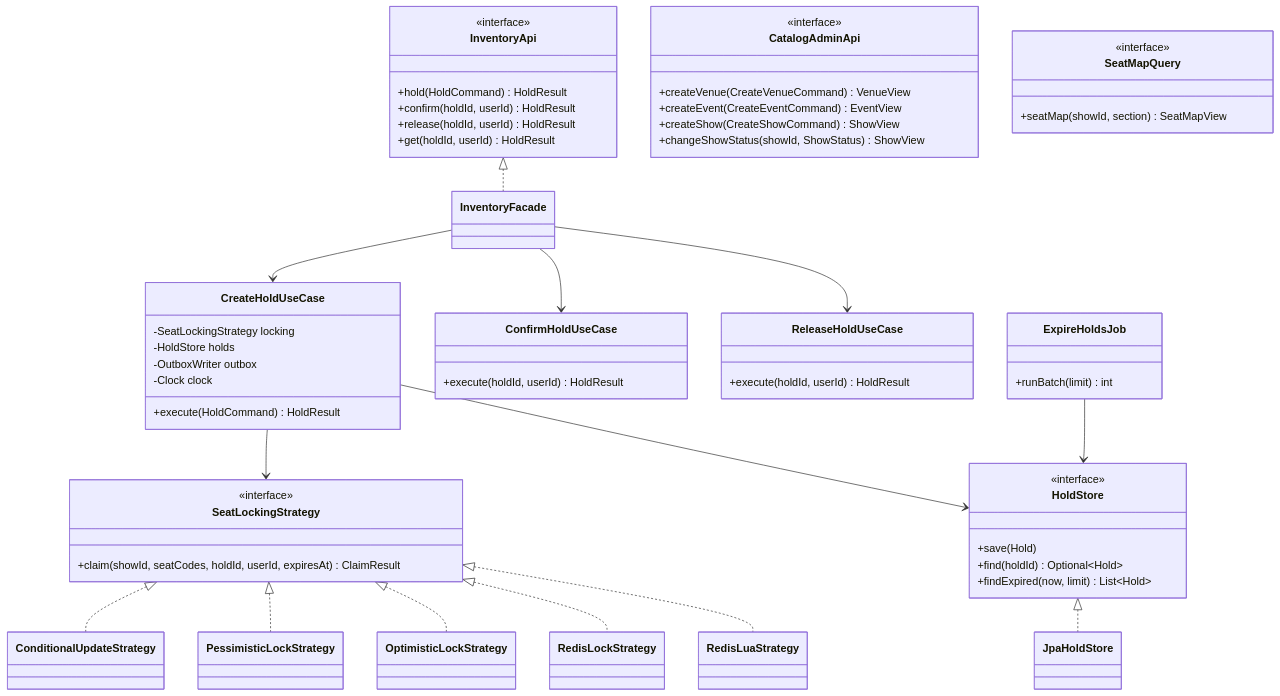
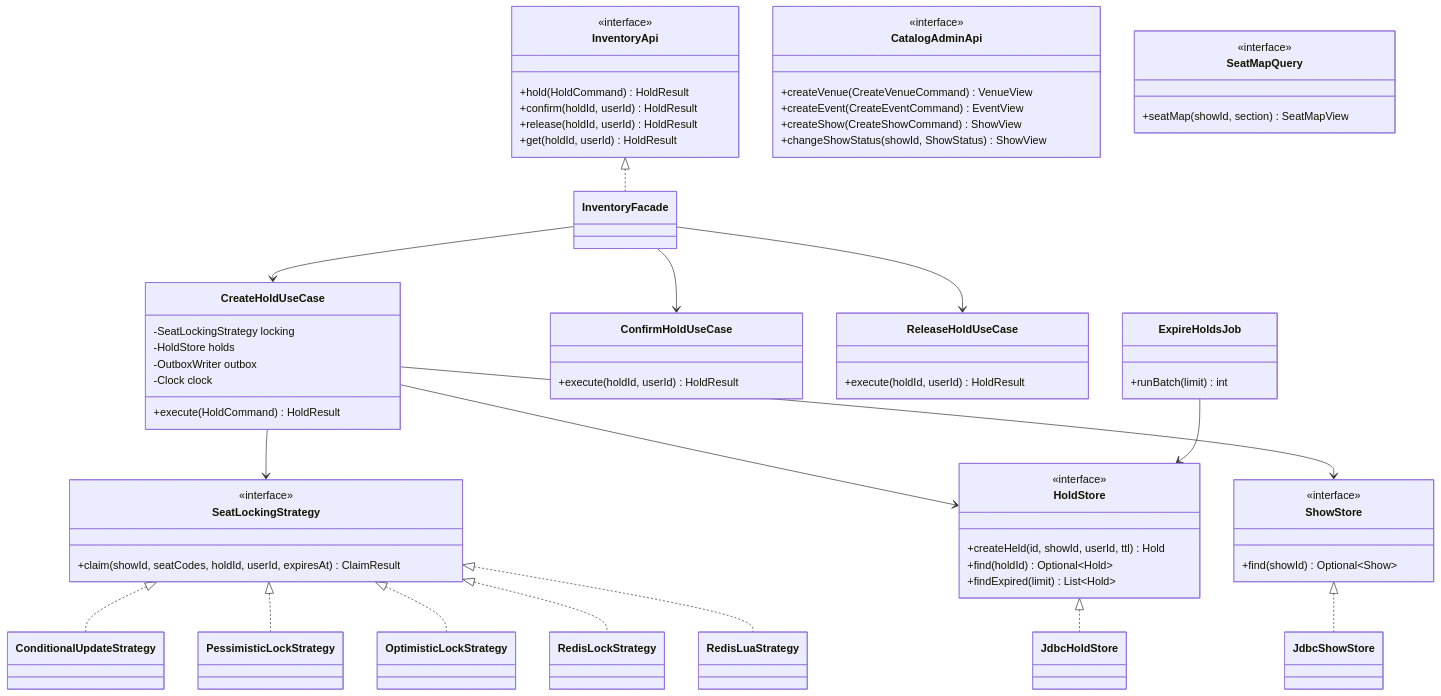
Before and after one commit to Vivek-122005/distributed-ticket-reservation-system: the second of 6 diagrams in docs/lld/class-diagrams.md, drawn with Mermaid. The commit also changed other lines of this file and 39 other files, not shown here.

````diff
--- a/docs/lld/class-diagrams.md
+++ b/docs/lld/class-diagrams.md
@@ -110,66 +110,72 @@
 ```mermaid
 classDiagram
     direction TB
     class InventoryApi {
       <<interface>>
       +hold(HoldCommand) HoldResult
       +confirm(holdId, userId) HoldResult
       +release(holdId, userId) HoldResult
       +get(holdId, userId) HoldResult
     }
     class CatalogAdminApi {
       <<interface>>
       +createVenue(CreateVenueCommand) VenueView
       +createEvent(CreateEventCommand) EventView
       +createShow(CreateShowCommand) ShowView
       +changeShowStatus(showId, ShowStatus) ShowView
     }
     class SeatMapQuery {
       <<interface>>
       +seatMap(showId, section) SeatMapView
     }
     class CreateHoldUseCase {
       -SeatLockingStrategy locking
       -HoldStore holds
       -OutboxWriter outbox
       -Clock clock
       +execute(HoldCommand) HoldResult
     }
     class ConfirmHoldUseCase {
       +execute(holdId, userId) HoldResult
     }
     class ReleaseHoldUseCase {
       +execute(holdId, userId) HoldResult
     }
     class ExpireHoldsJob {
       +runBatch(limit) int
     }
     class SeatLockingStrategy {
       <<interface>>
       +claim(showId, seatCodes, holdId, userId, expiresAt) ClaimResult
     }
     class ConditionalUpdateStrategy
     class PessimisticLockStrategy
     class OptimisticLockStrategy
     class RedisLockStrategy
     class RedisLuaStrategy
     class HoldStore {
       <<interface>>
-      +save(Hold)
+      +createHeld(id, showId, userId, ttl) Hold
       +find(holdId) Optional~Hold~
-      +findExpired(now, limit) List~Hold~
+      +findExpired(limit) List~Hold~
+    }
+    class ShowStore {
+      <<interface>>
+      +find(showId) Optional~Show~
     }
     InventoryApi <|.. InventoryFacade
     InventoryFacade --> CreateHoldUseCase
     InventoryFacade --> ConfirmHoldUseCase
     InventoryFacade --> ReleaseHoldUseCase
     CreateHoldUseCase --> SeatLockingStrategy
     CreateHoldUseCase --> HoldStore
     SeatLockingStrategy <|.. ConditionalUpdateStrategy
     SeatLockingStrategy <|.. PessimisticLockStrategy
     SeatLockingStrategy <|.. OptimisticLockStrategy
     SeatLockingStrategy <|.. RedisLockStrategy
     SeatLockingStrategy <|.. RedisLuaStrategy
-    HoldStore <|.. JpaHoldStore
+    HoldStore <|.. JdbcHoldStore
+    ShowStore <|.. JdbcShowStore
+    CreateHoldUseCase --> ShowStore
     ExpireHoldsJob --> HoldStore
 ```
````
